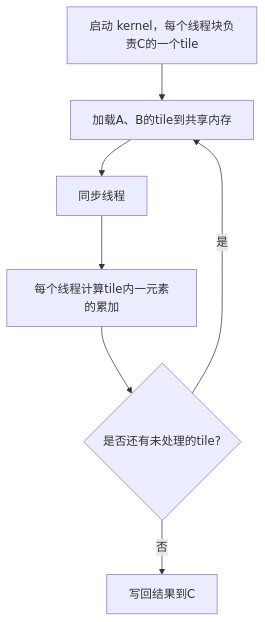
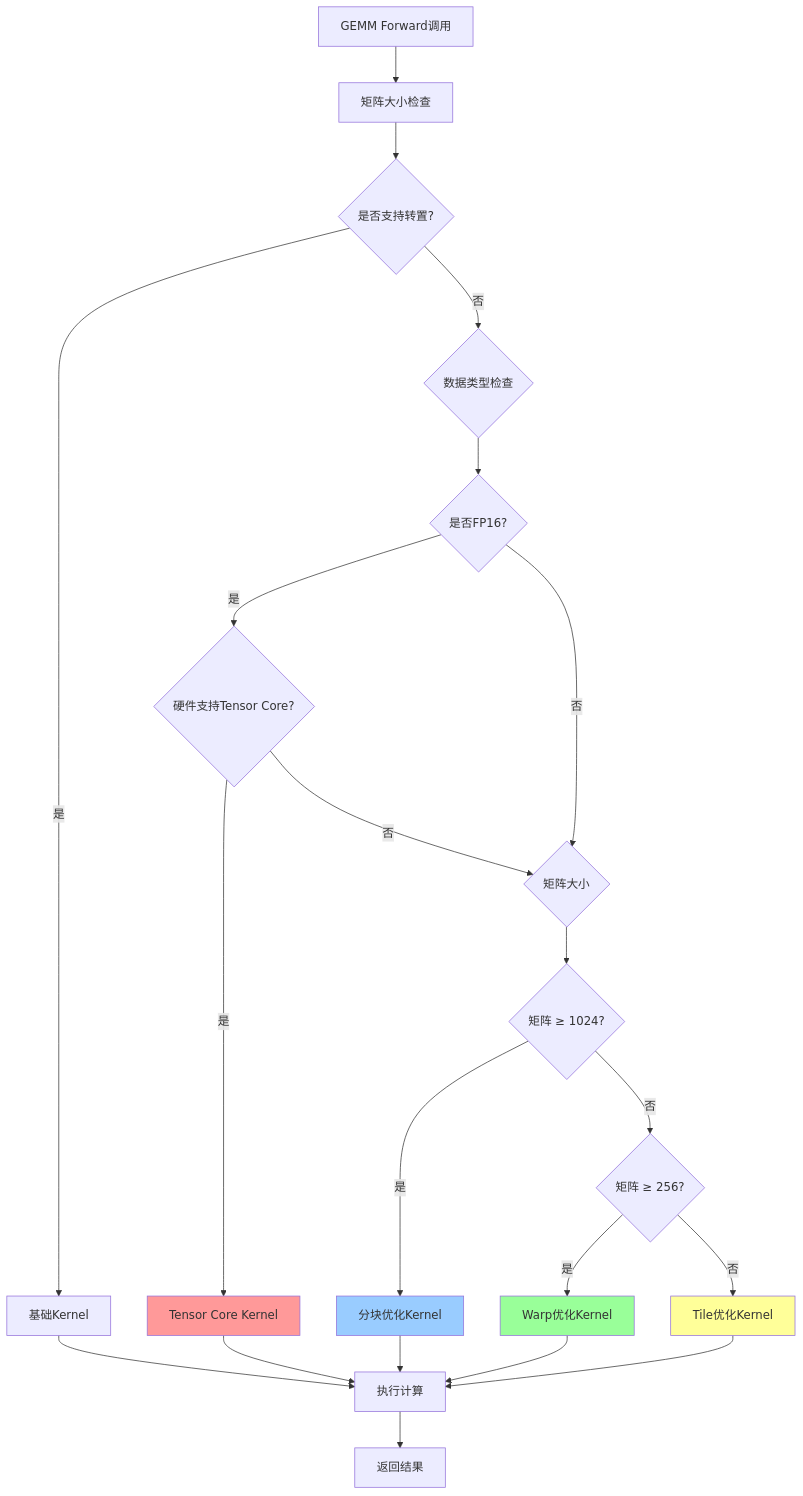
The diagram in src/cuda_op/detail/cuBlas/Introduce/gemm.md (Cyxuan0311/cuOP), drawn with Mermaid before and after one commit. The commit also changed other lines of this file, not shown here.

First line of the commit message:
feat(gemm): Revamp GEMM implementation with multi-Kernel architecture and performance optimizations

````diff
--- a/src/cuda_op/detail/cuBlas/Introduce/gemm.md
+++ b/src/cuda_op/detail/cuBlas/Introduce/gemm.md
@@ -62,9 +269,30 @@
 ```mermaid
 flowchart TD
-    A[启动 kernel，每个线程块负责C的一个tile] --> B[加载A、B的tile到共享内存]
-    B --> C[同步线程]
-    C --> D[每个线程计算tile内一元素的累加]
-    D --> E{是否还有未处理的tile?}
-    E -- 是 --> B
-    E -- 否 --> F[写回结果到C]
+    A[GEMM Forward调用] --> B[矩阵大小检查]
+    B --> C{是否支持转置?}
+    C -- 是 --> D[基础Kernel]
+    C -- 否 --> E{数据类型检查}
+    E --> F{是否FP16?}
+    F -- 是 --> G{硬件支持Tensor Core?}
+    G -- 是 --> H[Tensor Core Kernel]
+    G -- 否 --> I{矩阵大小}
+    F -- 否 --> I
+    I --> J{矩阵 ≥ 1024?}
+    J -- 是 --> K[分块优化Kernel]
+    J -- 否 --> L{矩阵 ≥ 256?}
+    L -- 是 --> M[Warp优化Kernel]
+    L -- 否 --> N[Tile优化Kernel]
+    
+    D --> O[执行计算]
+    H --> O
+    K --> O
+    M --> O
+    N --> O
+    
+    O --> P[返回结果]
+    
+    style H fill:#ff9999
+    style K fill:#99ccff
+    style M fill:#99ff99
+    style N fill:#ffff99
 ```
````
